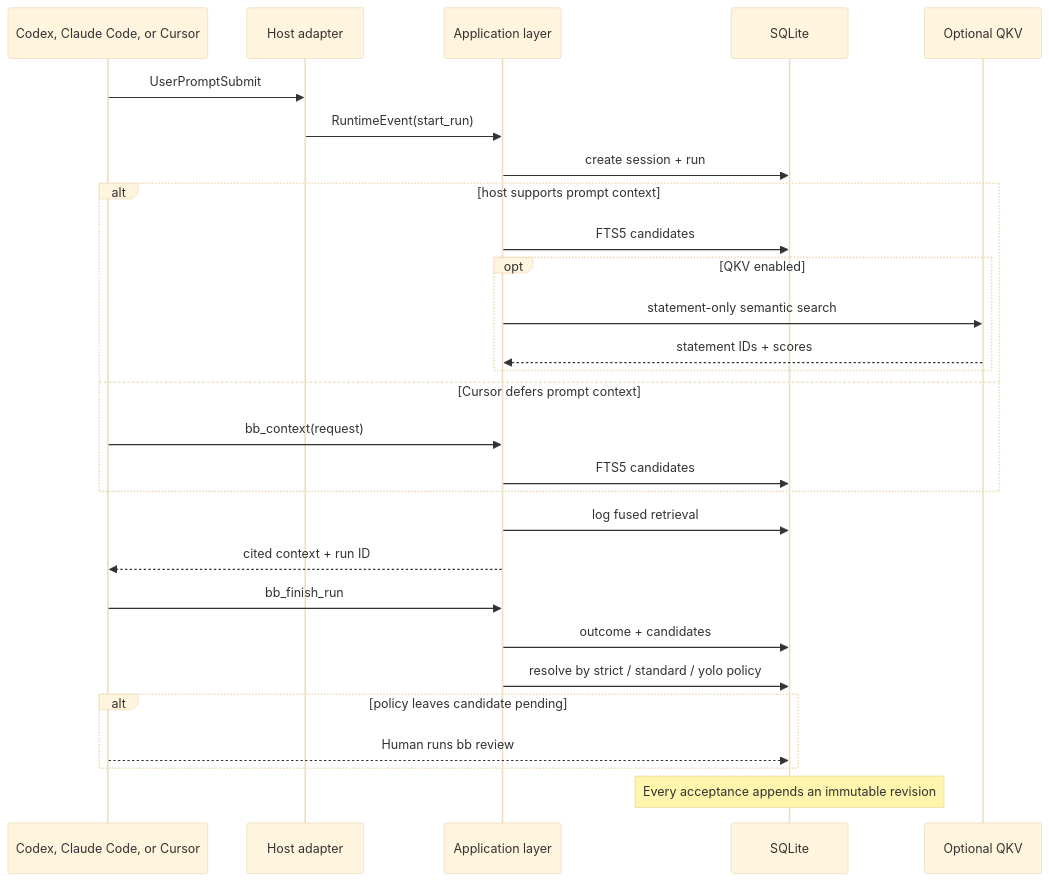
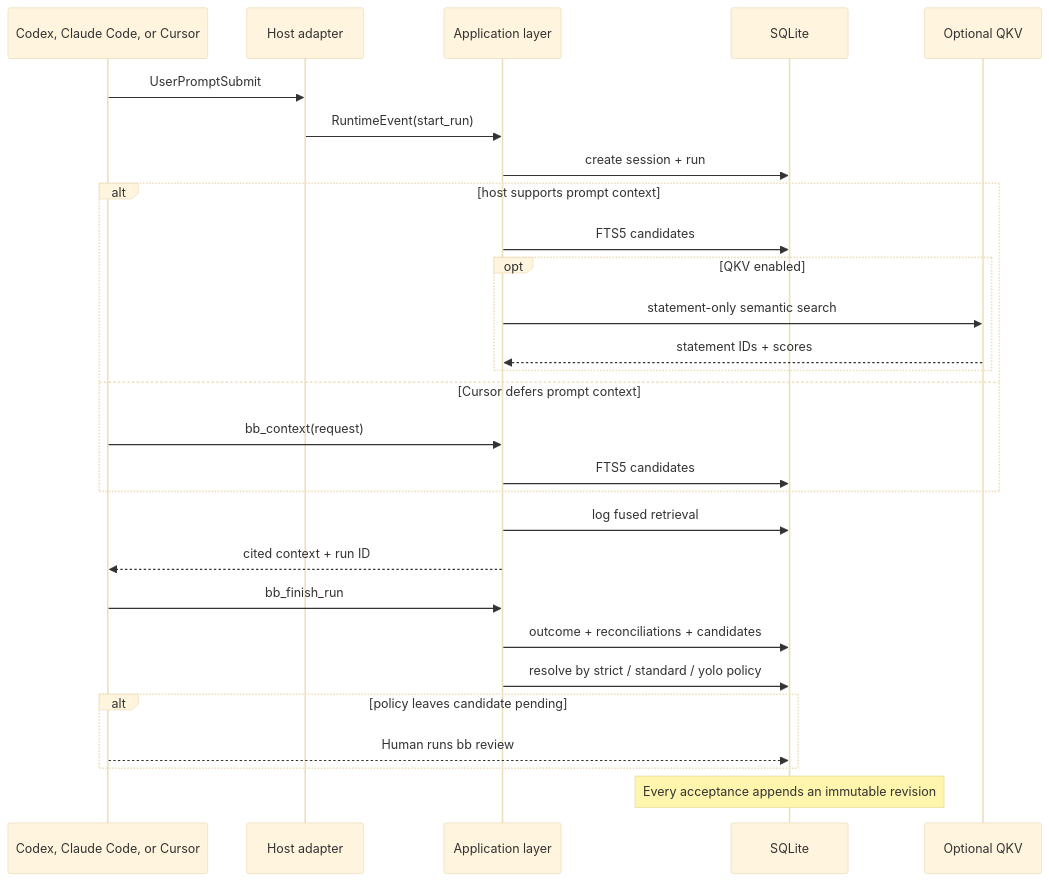
Before and after one commit to BreadBowlAI/bb-code: the second of 2 diagrams in docs/ARCHITECTURE.md, drawn with Mermaid (base theme). The commit also changed other lines of this file and 36 other files, not shown here.

````diff
--- a/docs/ARCHITECTURE.md
+++ b/docs/ARCHITECTURE.md
@@ -112,31 +120,31 @@
 ```mermaid
 sequenceDiagram
   participant Host as Codex, Claude Code, or Cursor
   participant Adapter as Host adapter
   participant App as Application layer
   participant DB as SQLite
   participant QKV as Optional QKV
 
   Host->>Adapter: UserPromptSubmit
   Adapter->>App: RuntimeEvent(start_run)
   App->>DB: create session + run
   alt host supports prompt context
     App->>DB: FTS5 candidates
     opt QKV enabled
       App->>QKV: statement-only semantic search
       QKV-->>App: statement IDs + scores
     end
   else Cursor defers prompt context
     Host->>App: bb_context(request)
     App->>DB: FTS5 candidates
   end
   App->>DB: log fused retrieval
   App-->>Host: cited context + run ID
   Host->>App: bb_finish_run
-  App->>DB: outcome + candidates
+  App->>DB: outcome + reconciliations + candidates
   App->>DB: resolve by strict / standard / yolo policy
   alt policy leaves candidate pending
     Host-->>DB: Human runs bb review
   end
   Note over DB: Every acceptance appends an immutable revision
 ```
````
